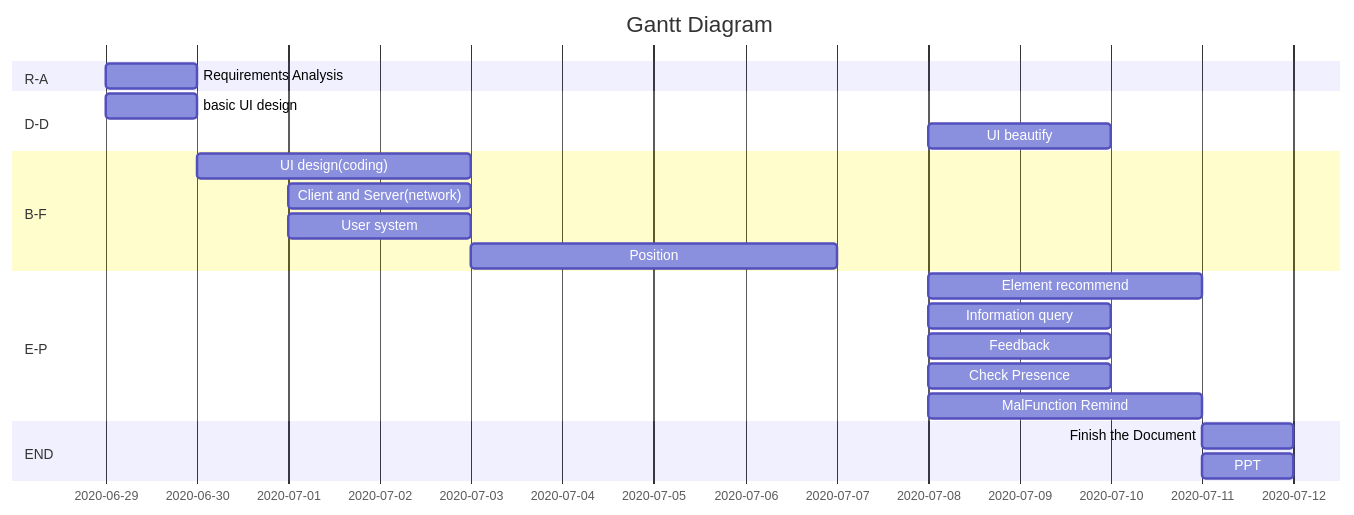
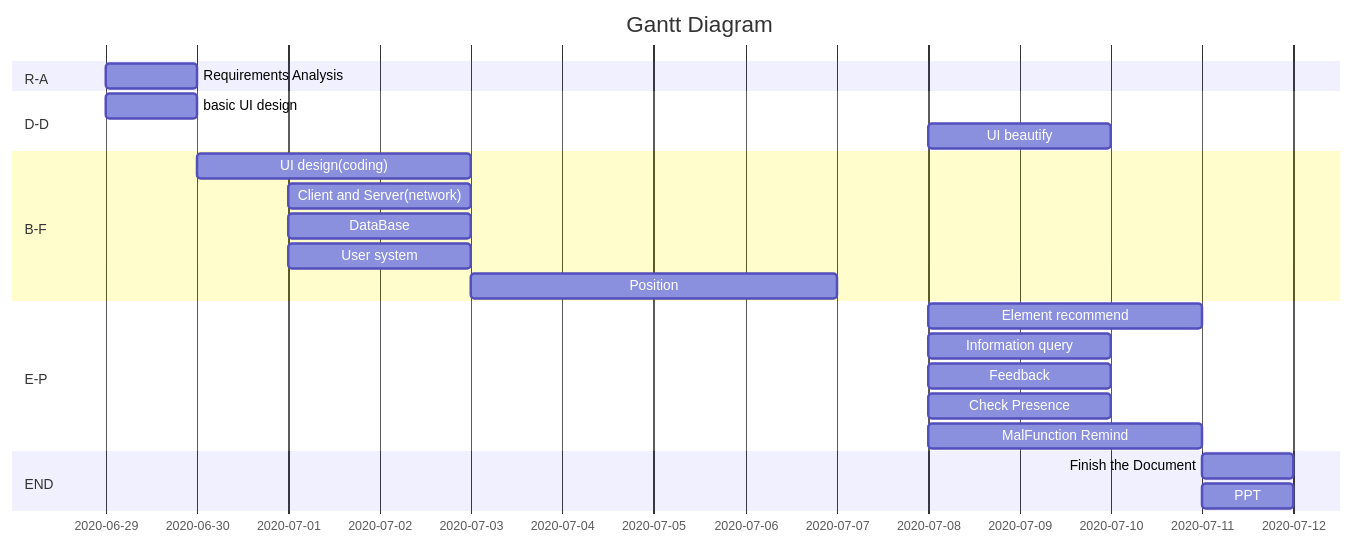
Before and after one commit to FTDfangge/WIFIPositioning: the second of 2 diagrams in Outline.md, drawn with Mermaid. The commit also changed other lines of this file, not shown here.

````diff
--- a/Outline.md
+++ b/Outline.md
@@ -19,32 +19,33 @@
 ```mermaid
 gantt
   title Gantt Diagram
 
   section R-A
   Requirements Analysis: a1, 2020-06-29, 1d
   
   section D-D
   basic UI design: a2, 2020-06-29,1d
   UI beautify: a3, 2020-07-08,2d
   
   section B-F
   
   UI design(coding): a4, 2020-06-30, 3d
-  Client and Server(network): a6, 2020-07-01, 2d
-  User system: a5, 2020-07-01,2d
+  Client and Server(network): a5, 2020-07-01, 2d
+  DataBase: a5.1, 2020-07-01, 2d
+  User system: a5.2, 2020-07-01,2d
   Position:a6, 2020-07-03,4d
   
   
   
   section E-P
   Element recommend: a8, 2020-07-08, 3d
   Information query: a9, 2020-07-08, 2d
   Feedback: a10, 2020-07-08, 2d
   Check Presence: a11, 2020-07-08, 2d
   MalFunction Remind: a12, 2020-07-08, 3d
   
   section END
   Finish the Document: a13, 2020-07-11,1d
   PPT: a14, 2020-07-11,1d
  
 ```
````
